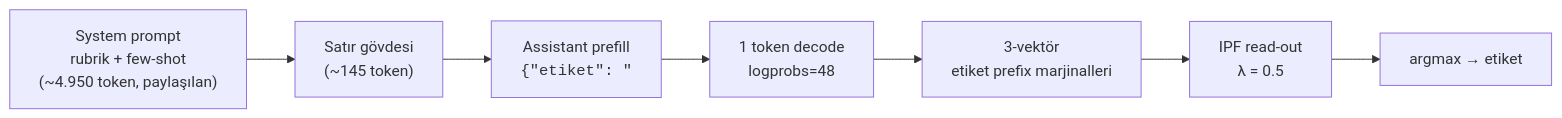
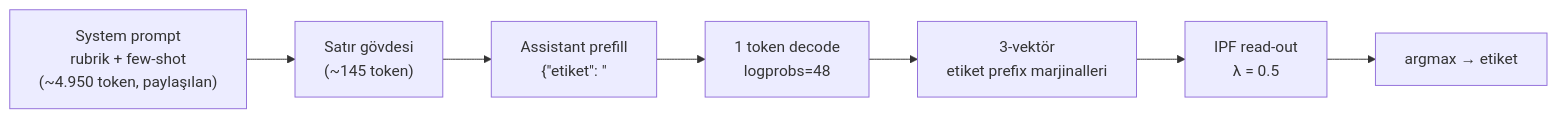
The second of 3 diagrams in README.md (mstkyvz/DreamTeam-Stage2), drawn with Mermaid before and after one commit.

Commit message:
README: mermaid diyagramındaki parse hatası düzeltildi

````diff
--- a/README.md
+++ b/README.md
@@ -100,9 +100,9 @@
 ```mermaid
 flowchart LR
     P["System prompt<br/>rubrik + few-shot<br/>(~4.950 token, paylaşılan)"] --> R["Satır gövdesi<br/>(~145 token)"]
-    R --> F["Assistant prefill<br/><code>{&quot;etiket&quot;: &quot;</code>"]
+    R --> F["Assistant prefill<br/>{#quot;etiket#quot;: #quot;"]
     F --> T["1 token decode<br/>logprobs=48"]
     T --> V["3-vektör<br/>etiket prefix marjinalleri"]
     V --> I["IPF read-out<br/>λ = 0.5"]
     I --> L["argmax → etiket"]
 ```
````
